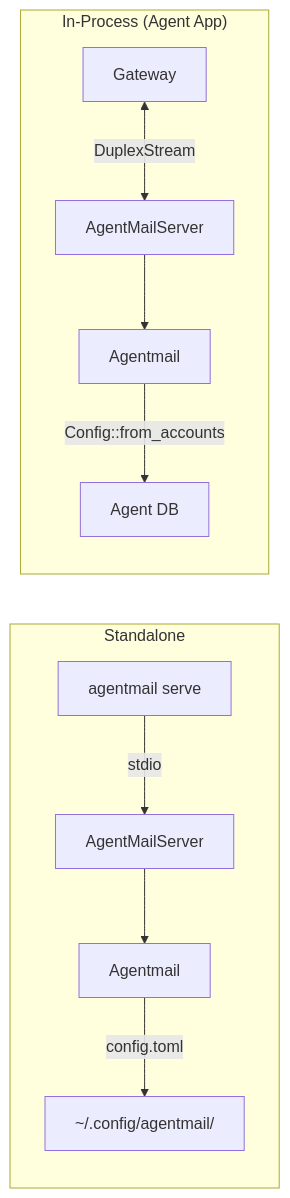
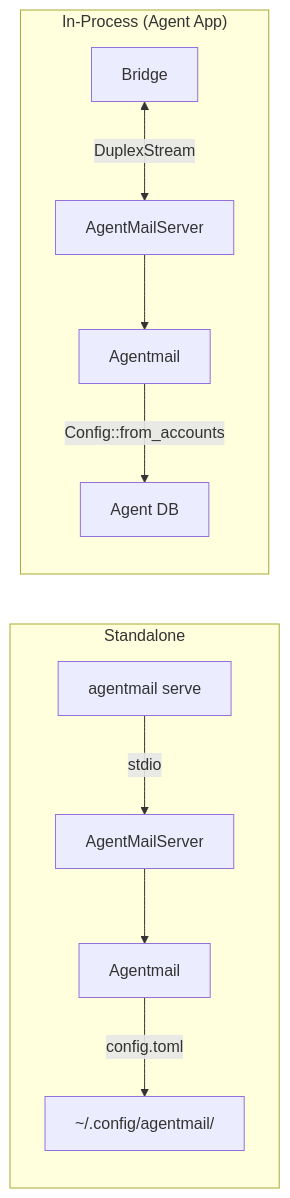
One commit to Weekendsuperhero-io/agentmail changed the second of 4 diagrams in DESIGN.md. Above: the diagram before and after it, drawn with Mermaid. The commit also changed other lines of this file and 51 other files, not shown here.

````diff
--- a/DESIGN.md
+++ b/DESIGN.md
@@ -52,14 +52,14 @@
 ```mermaid
 graph LR
     subgraph "Standalone"
         CLI[agentmail serve] -->|stdio| MCP1[AgentMailServer]
         MCP1 --> MK1[Agentmail]
         MK1 -->|config.toml| FS[~/.config/agentmail/]
     end
 
     subgraph "In-Process (Agent App)"
-        GW2[Gateway] <-->|DuplexStream| MCP2[AgentMailServer]
+        GW2[Bridge] <-->|DuplexStream| MCP2[AgentMailServer]
         MCP2 --> MK2[Agentmail]
         MK2 -->|Config::from_accounts| DB2[Agent DB]
     end
 ```
````
